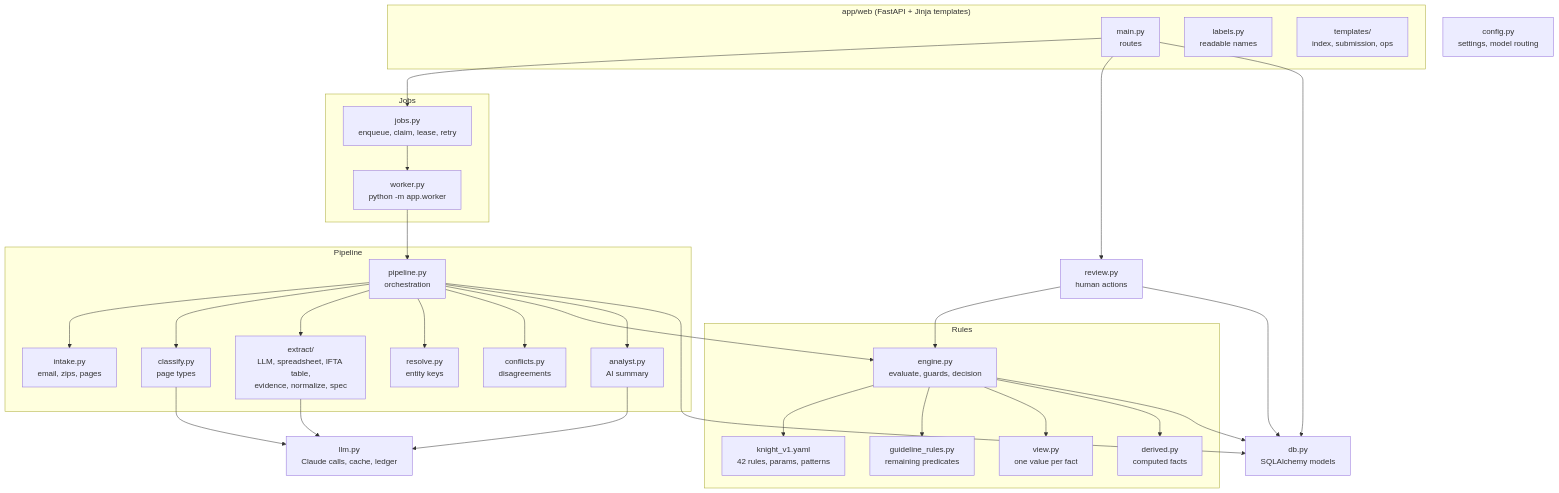
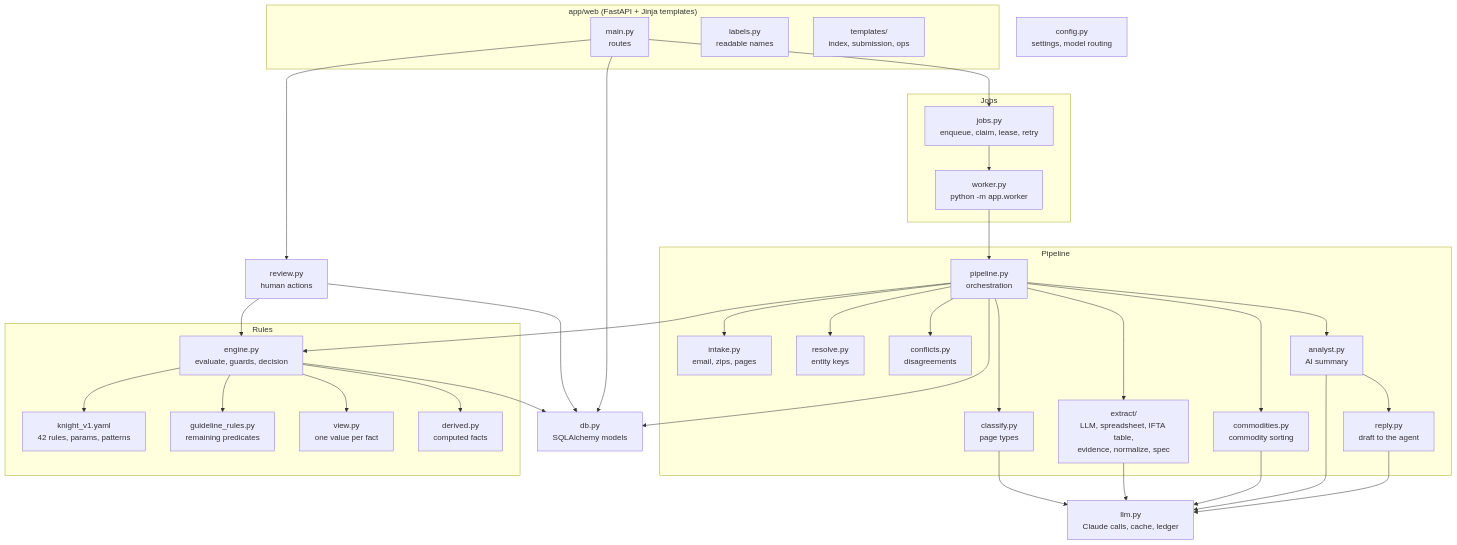
Before and after one commit to shreevershith/knight-insurance-take-home-2: the second of 7 diagrams in docs/ARCHITECTURE.md, drawn with Mermaid. The commit also changed other lines of this file and 5 other files, not shown here.

Commit message:
Docs for D-48 and D-49: draft reply, commodity sorting, eval results before and after, 97 tests

````diff
--- a/docs/ARCHITECTURE.md
+++ b/docs/ARCHITECTURE.md
@@ -53,39 +53,42 @@
 ```mermaid
 flowchart TB
     subgraph Web["app/web (FastAPI + Jinja templates)"]
         main[main.py<br/>routes]
         labels[labels.py<br/>readable names]
         tpl[templates/<br/>index, submission, ops]
     end
     subgraph Jobs["Jobs"]
         jobs[jobs.py<br/>enqueue, claim, lease, retry]
         worker[worker.py<br/>python -m app.worker]
     end
     subgraph Pipeline["Pipeline"]
         pipeline[pipeline.py<br/>orchestration]
         intake[intake.py<br/>email, zips, pages]
         classify[classify.py<br/>page types]
         extract[extract/<br/>LLM, spreadsheet, IFTA table,<br/>evidence, normalize, spec]
         resolve[resolve.py<br/>entity keys]
         conflicts[conflicts.py<br/>disagreements]
         analyst[analyst.py<br/>AI summary]
+        reply[reply.py<br/>draft to the agent]
+        commod[commodities.py<br/>commodity sorting]
     end
     subgraph Rules["Rules"]
         yaml[knight_v1.yaml<br/>42 rules, params, patterns]
         engine[engine.py<br/>evaluate, guards, decision]
         grules[guideline_rules.py<br/>remaining predicates]
         view[view.py<br/>one value per fact]
         derived[derived.py<br/>computed facts]
     end
     review[review.py<br/>human actions]
     llm[llm.py<br/>Claude calls, cache, ledger]
     db[db.py<br/>SQLAlchemy models]
     config[config.py<br/>settings, model routing]
 
     main --> jobs --> worker --> pipeline
     main --> review --> engine
-    pipeline --> intake & classify & extract & resolve & conflicts & engine & analyst
-    classify & extract & analyst --> llm
+    pipeline --> intake & classify & extract & commod & resolve & conflicts & engine & analyst
+    analyst --> reply
+    classify & extract & commod & analyst & reply --> llm
     engine --> yaml & grules & view & derived
     pipeline & review & engine & main --> db
 ```
````
